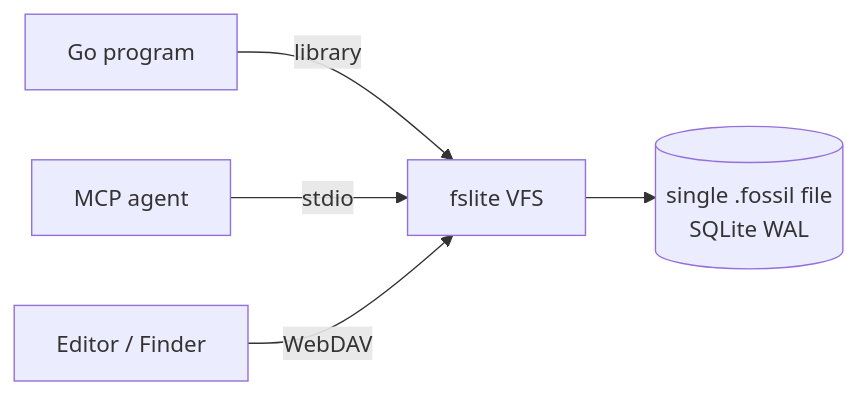
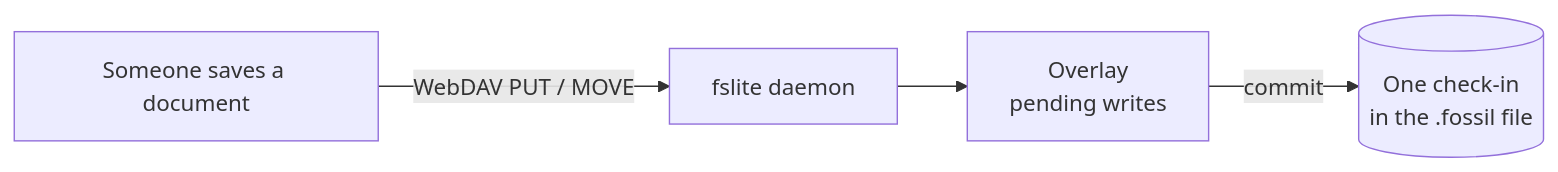
One commit to danmestas/fslite changed the diagram in README.md. Above: the diagram before and after it, drawn with Mermaid. The commit also changed other lines of this file and 2 other files, not shown here.

````diff
--- a/README.md
+++ b/README.md
@@ -113,7 +56,6 @@
 ```mermaid
 flowchart LR
-  A[Go program] -->|library| V[fslite VFS]
-  B[MCP agent] -->|stdio| V
-  C[Editor / Finder] -->|WebDAV| V
-  V --> F[(single .fossil file<br/>SQLite WAL)]
+  A[Someone saves a document] -->|WebDAV PUT / MOVE| V[fslite daemon]
+  V --> O[Overlay<br/>pending writes]
+  O -->|commit| F[(One check-in<br/>in the .fossil file)]
 ```
````
